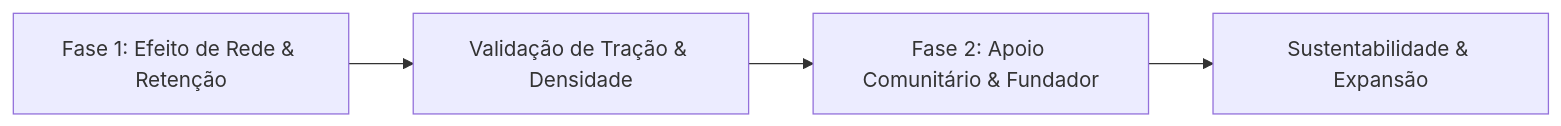
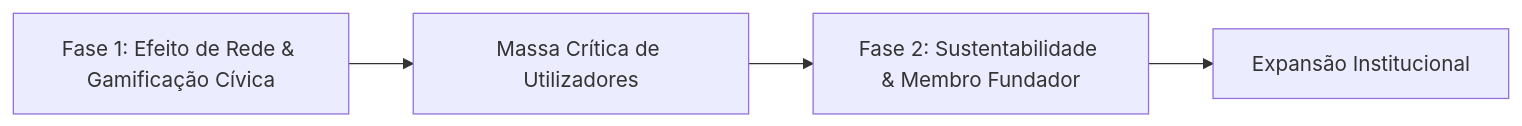
One commit to fredysimoes/sentinela changed the diagram in ROADMAP.md. Above: the diagram before and after it, drawn with Mermaid. The commit also changed other lines of this file, not shown here.

Commit message:
docs: refine roadmap with dual-reward points system and cosmetic store (no emojis, pt-PT)

````diff
--- a/ROADMAP.md
+++ b/ROADMAP.md
@@ -7,6 +7,6 @@
 ```mermaid
 flowchart LR
-    A["Fase 1: Efeito de Rede & Retenção"] --> B["Validação de Tração & Densidade"]
-    B --> C["Fase 2: Apoio Comunitário & Fundador"]
-    C --> D["Sustentabilidade & Expansão"]
+    A["Fase 1: Efeito de Rede & Gamificação Cívica"] --> B["Massa Crítica de Utilizadores"]
+    B --> C["Fase 2: Sustentabilidade & Membro Fundador"]
+    C --> D["Expansão Institucional"]
 ```
````
